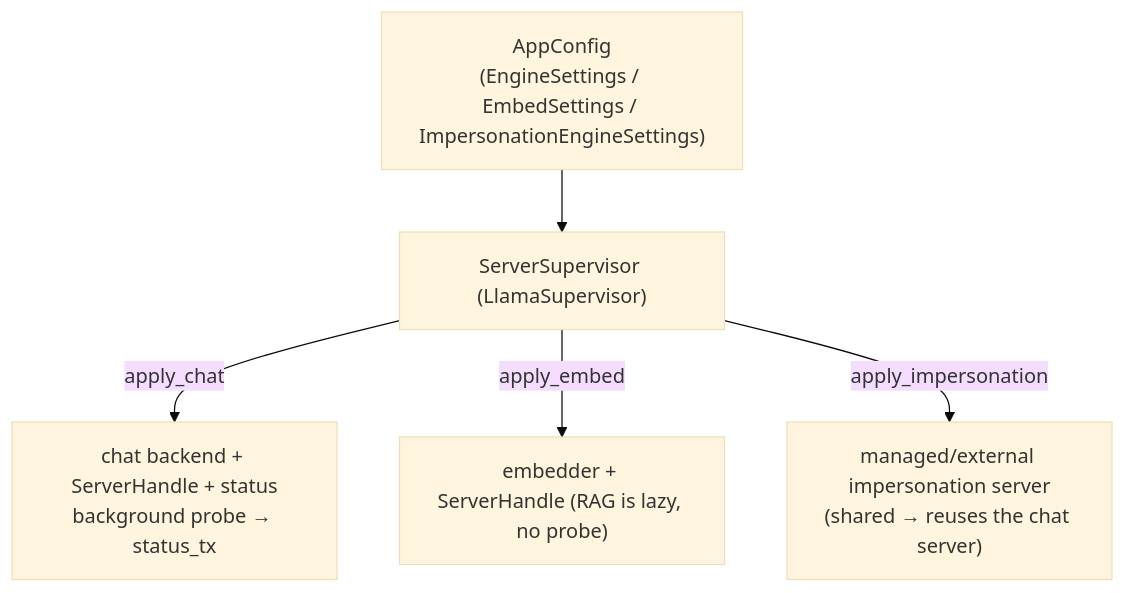
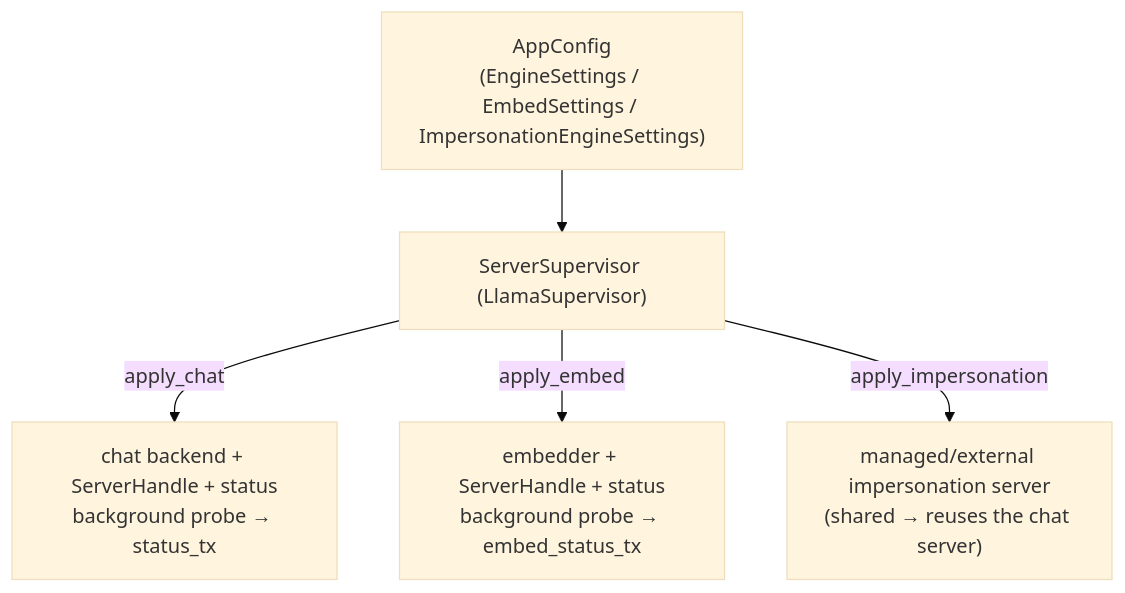
Before and after one commit to vshylov/mindfork-rs: the seventh of 17 diagrams in docs/architecture.md, drawn with Mermaid (base theme). The commit also changed other lines of this file and 10 other files, not shown here.

````diff
--- a/docs/architecture.md
+++ b/docs/architecture.md
@@ -781,9 +781,9 @@
 ```mermaid
 flowchart TB
     CFG["AppConfig<br/>(EngineSettings / EmbedSettings / ImpersonationEngineSettings)"]
     SUP["ServerSupervisor (LlamaSupervisor)"]
     CFG --> SUP
     SUP -->|apply_chat| CHAT["chat backend + ServerHandle + status<br/>background probe → status_tx"]
-    SUP -->|apply_embed| EMB["embedder + ServerHandle (RAG is lazy, no probe)"]
+    SUP -->|apply_embed| EMB["embedder + ServerHandle + status<br/>background probe → embed_status_tx"]
     SUP -->|apply_impersonation| IMP["managed/external impersonation server<br/>(shared → reuses the chat server)"]
 ```
````
